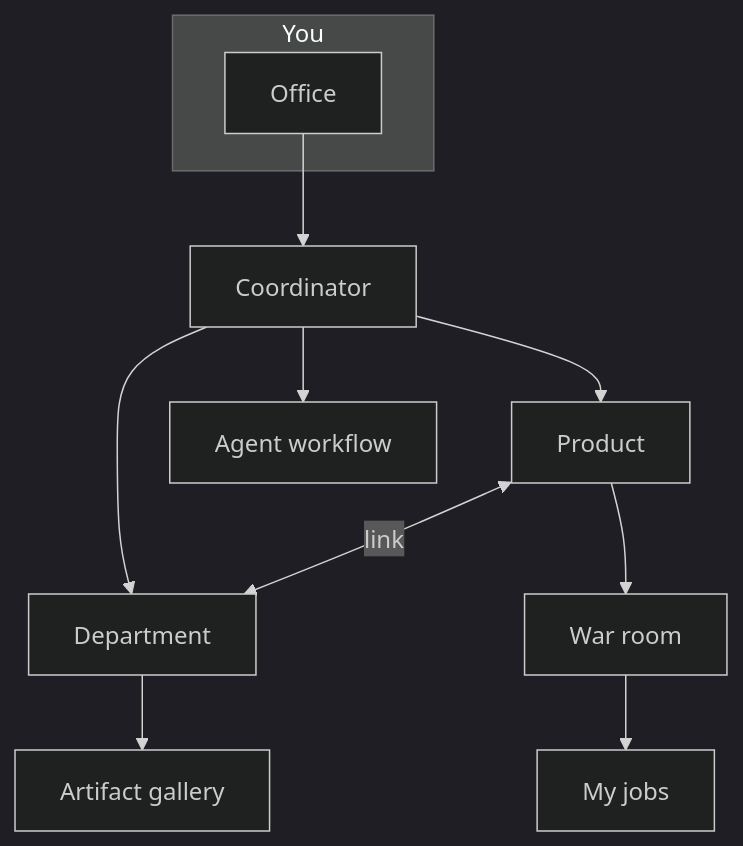
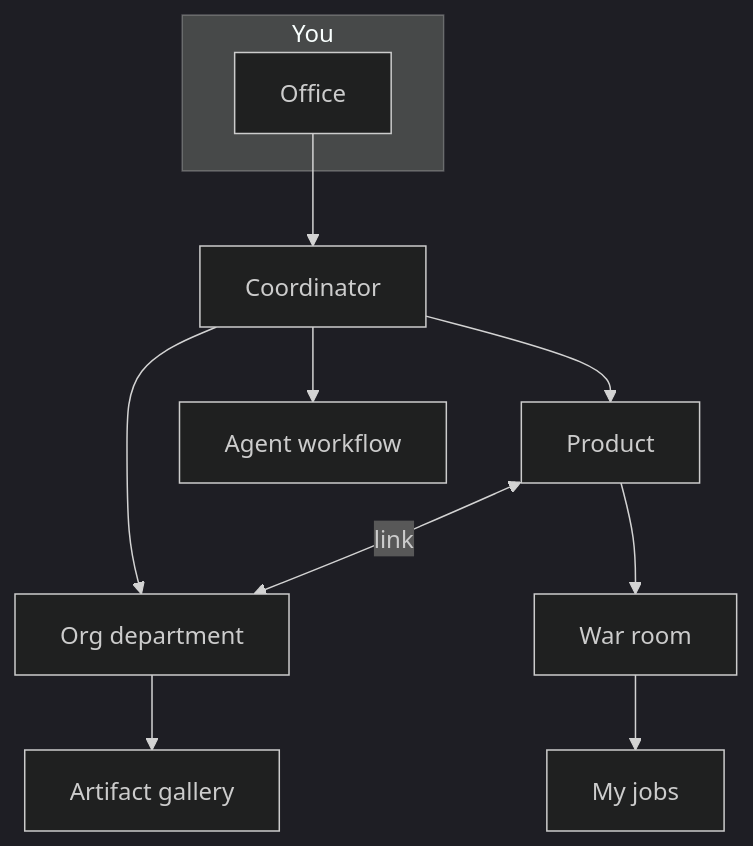
The second of 2 diagrams in frontend/src/content/help/tutorial.en.md (kreodevs/ia-company), drawn with Mermaid (dark theme) before and after one commit. The commit also changed other lines of this file and 21 other files, not shown here.

````diff
--- a/frontend/src/content/help/tutorial.en.md
+++ b/frontend/src/content/help/tutorial.en.md
@@ -72,14 +81,14 @@
 ```mermaid
 flowchart TB
   subgraph you [You]
     O[Office]
   end
   O --> C[Coordinator]
   C --> P[Product]
-  C --> D[Department]
+  C --> D[Org department]
   C --> F[Agent workflow]
   P <-->|link| D
   P --> W[War room]
   W --> E[My jobs]
   D --> G[Artifact gallery]
 ```
````
